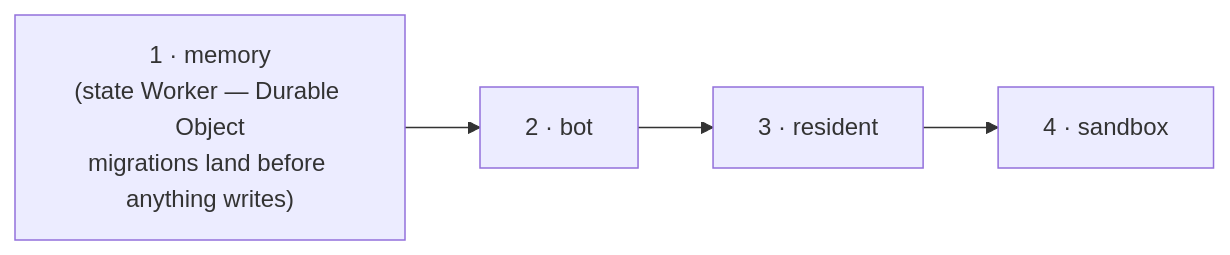
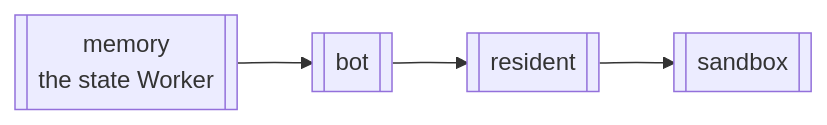
The diagram in docs/how-to/ship-a-release.md (coreplanelabs/switchboard), drawn with Mermaid before and after one commit. The commit also changed other lines of this file and 22 other files, not shown here.

First line of the commit message:
docs(docs): every diagram shares one visual system, and the four seams and the deploy order are drawn from one source each

````diff
--- a/docs/how-to/ship-a-release.md
+++ b/docs/how-to/ship-a-release.md
@@ -24,4 +26,4 @@
 ```mermaid
 flowchart LR
-    A["1 · memory<br/>(state Worker — Durable Object<br/>migrations land before anything writes)"] --> B["2 · bot"] --> C["3 · resident"] --> D["4 · sandbox"]
+    W1[["memory<br/>the state Worker"]] --> W2[["bot"]] --> W3[["resident"]] --> W4[["sandbox"]]
 ```
````
